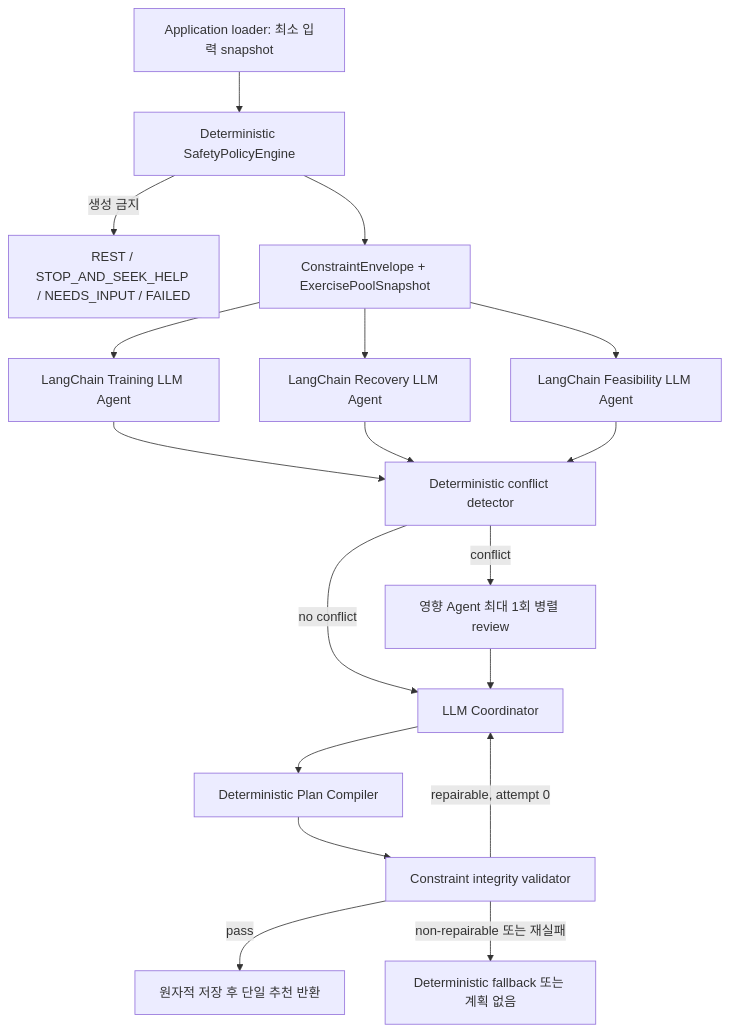
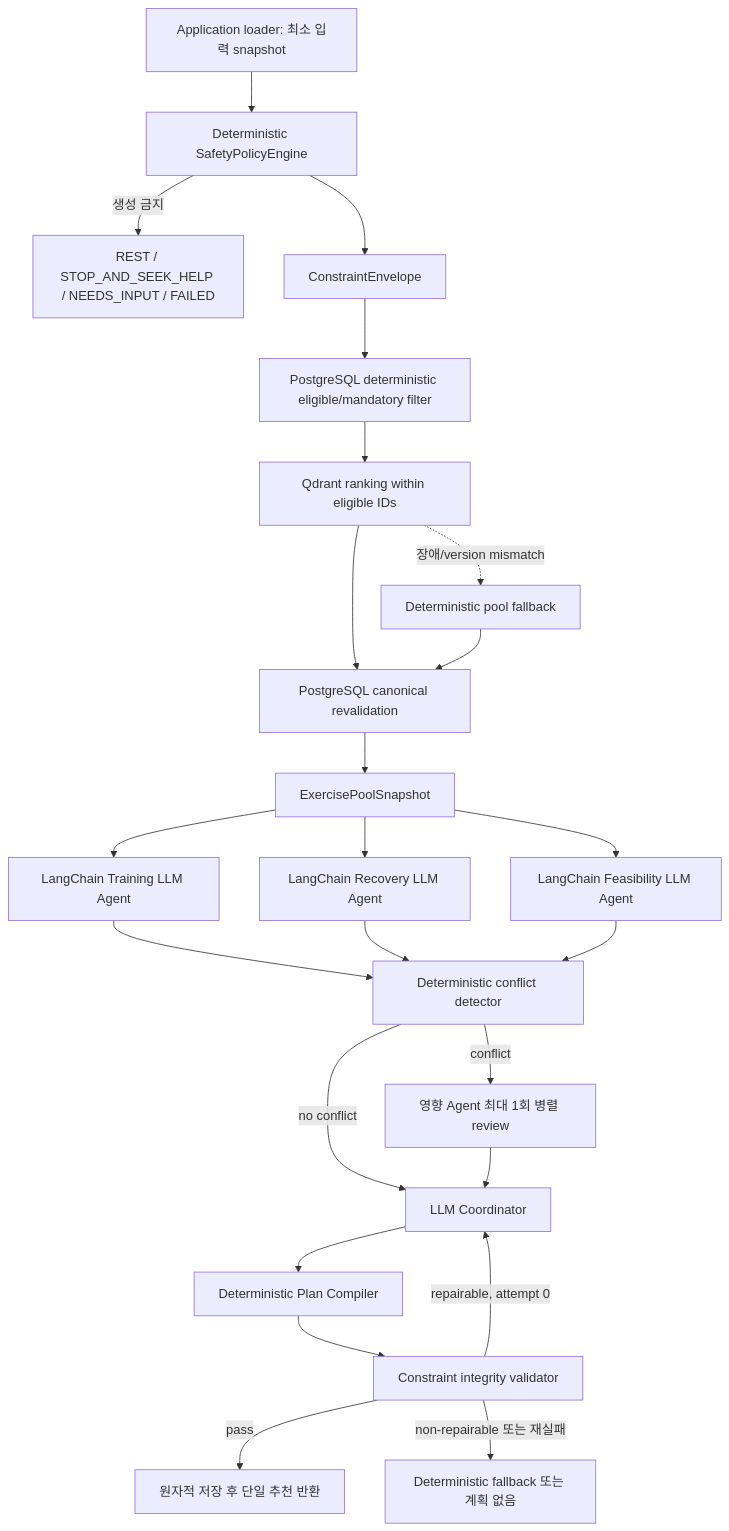
The fourth of 5 diagrams in docs/ARCHITECTURE.md (SKNETWORKS-FAMILY-AICAMP/SKN30-FINAL-5Team), drawn with Mermaid before and after one commit. The commit also changed other lines of this file and 11 other files, not shown here.

````diff
--- a/docs/ARCHITECTURE.md
+++ b/docs/ARCHITECTURE.md
@@ -115,20 +116,26 @@
 ```mermaid
 flowchart TD
   A["Application loader: 최소 입력 snapshot"] --> S["Deterministic SafetyPolicyEngine"]
   S -->|"생성 금지"| X["REST / STOP_AND_SEEK_HELP / NEEDS_INPUT / FAILED"]
-  S --> E["ConstraintEnvelope + ExercisePoolSnapshot"]
-  E --> T["LangChain Training LLM Agent"]
-  E --> R["LangChain Recovery LLM Agent"]
-  E --> F["LangChain Feasibility LLM Agent"]
+  S --> E["ConstraintEnvelope"]
+  E --> PF["PostgreSQL deterministic eligible/mandatory filter"]
+  PF --> Q["Qdrant ranking within eligible IDs"]
+  Q --> PV["PostgreSQL canonical revalidation"]
+  PV --> EP["ExercisePoolSnapshot"]
+  Q -. "장애/version mismatch" .-> DF["Deterministic pool fallback"]
+  DF --> PV
+  EP --> T["LangChain Training LLM Agent"]
+  EP --> R["LangChain Recovery LLM Agent"]
+  EP --> F["LangChain Feasibility LLM Agent"]
   T --> C["Deterministic conflict detector"]
   R --> C
   F --> C
   C -->|"conflict"| RV["영향 Agent 최대 1회 병렬 review"]
   C -->|"no conflict"| CO["LLM Coordinator"]
   RV --> CO
   CO --> PC["Deterministic Plan Compiler"]
   PC --> V["Constraint integrity validator"]
   V -->|"pass"| P["원자적 저장 후 단일 추천 반환"]
   V -->|"repairable, attempt 0"| CO
   V -->|"non-repairable 또는 재실패"| FB["Deterministic fallback 또는 계획 없음"]
 ```
````
